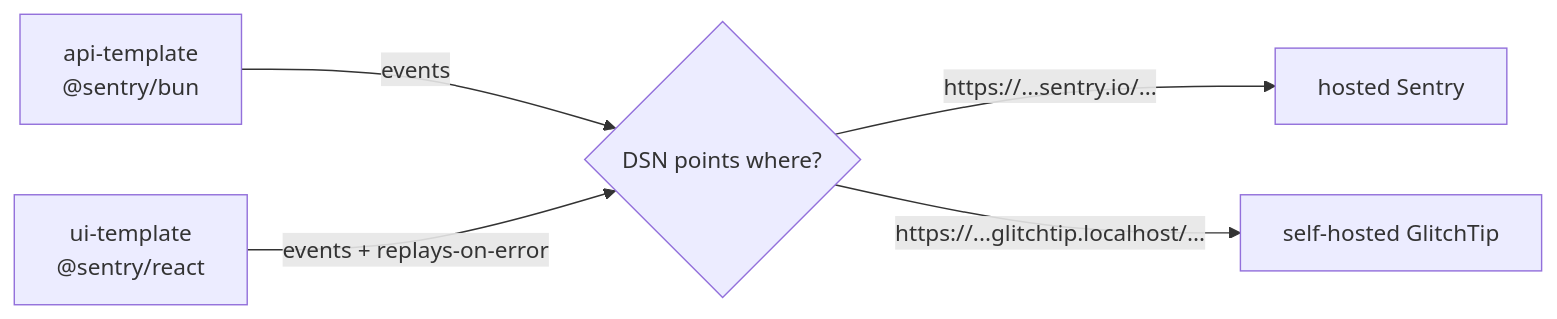
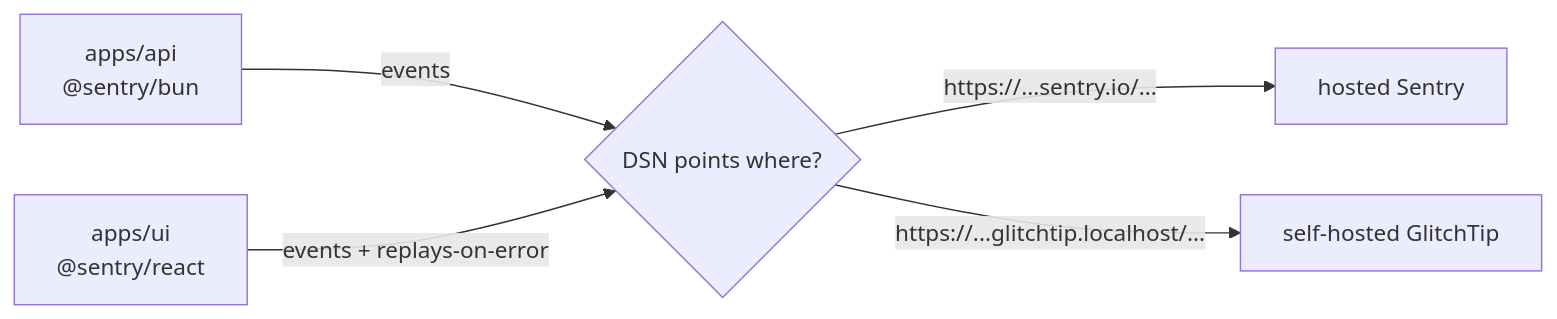
Before and after one commit to boringstack-xyz/boringstack: the diagram in apps/docs/src/content/docs/topics/error-tracking.mdx, drawn with Mermaid. The commit also changed other lines of this file and 122 other files, not shown here.

First line of the commit message:
refactor: update references from api-template to boringstack-api and ui-template to apps/ui

````diff
--- a/apps/docs/src/content/docs/topics/error-tracking.mdx
+++ b/apps/docs/src/content/docs/topics/error-tracking.mdx
@@ -59,7 +59,7 @@
 ```mermaid
 flowchart LR
-  api["api-template<br/>@sentry/bun"] -- "events" --> backend{DSN points where?}
-  ui["ui-template<br/>@sentry/react"] -- "events + replays-on-error" --> backend
+  api["apps/api<br/>@sentry/bun"] -- "events" --> backend{DSN points where?}
+  ui["apps/ui<br/>@sentry/react"] -- "events + replays-on-error" --> backend
   backend -- "https://...sentry.io/..." --> sentry["hosted Sentry"]
   backend -- "https://...glitchtip.localhost/..." --> glitchtip["self-hosted GlitchTip"]
 ```
````
